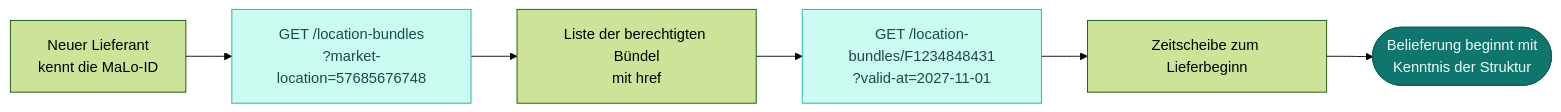
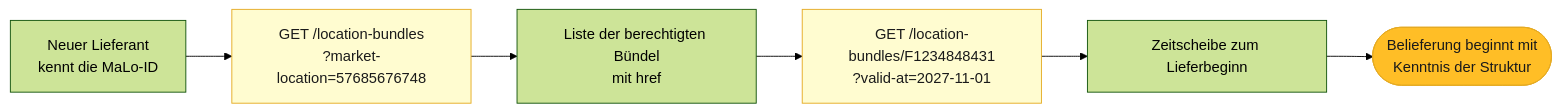
Before and after one commit to engrate/mako-api-referenzentwurf: the diagram in ablaeufe/neuer-berechtigter.mdx, drawn with Mermaid (forest theme). The commit also changed 15 other files, not shown here.

````diff
--- a/ablaeufe/neuer-berechtigter.mdx
+++ b/ablaeufe/neuer-berechtigter.mdx
@@ -76,13 +76,13 @@
 ```mermaid
 flowchart LR
     A["Neuer Lieferant<br/>kennt die MaLo-ID"] --> B["GET /location-bundles<br/>?market-location=57685676748"]
     B --> C["Liste der berechtigten Bündel<br/>mit href"]
     C --> D["GET /location-bundles/F1234848431<br/>?valid-at=2027-11-01"]
     D --> E["Zeitscheibe zum Lieferbeginn"]
     E --> F(["Belieferung beginnt mit<br/>Kenntnis der Struktur"])
 
-    classDef ok fill:#CCFBF1,stroke:#14B8A6,color:#134E4A
-    classDef ziel fill:#0F766E,stroke:#115E59,color:#F0FDFA
-    class B,D ok
+    classDef aufruf fill:#FFFCD0,stroke:#E5AB22,color:#1A1A1A
+    classDef ziel fill:#FFBE26,stroke:#E5AB22,color:#1A1A1A
+    class B,D aufruf
     class F ziel
 ```
````
